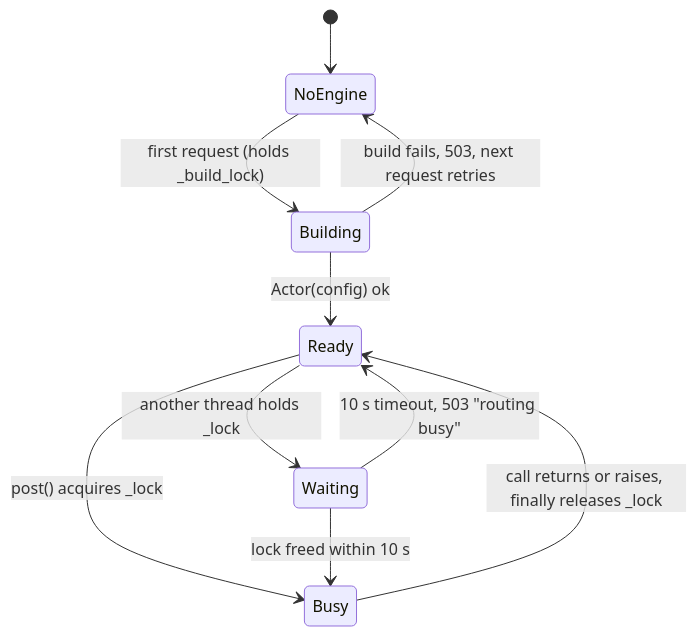
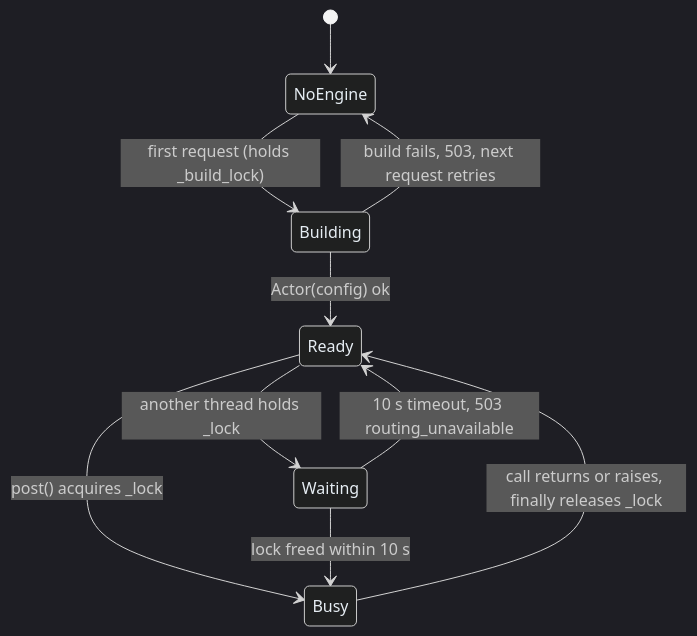
One commit to r03922123/jp_ski_map changed the fifth of 5 diagrams in docs/wiki/01-routing/routing-and-eta.md. Above: the diagram before and after it, drawn with Mermaid. The commit also changed other lines of this file and 3 other files, not shown here.

````diff
--- a/docs/wiki/01-routing/routing-and-eta.md
+++ b/docs/wiki/01-routing/routing-and-eta.md
@@ -256,12 +257,13 @@
 ```mermaid
+%%{init: {'theme':'dark', 'themeVariables': {'primaryColor':'#2d333b','primaryBorderColor':'#6d5dfc','primaryTextColor':'#e6edf3','lineColor':'#8b949e'}}}%%
 stateDiagram-v2
     [*] --> NoEngine
     NoEngine --> Building : first request (holds _build_lock)
     Building --> Ready : Actor(config) ok
     Building --> NoEngine : build fails, 503, next request retries
     Ready --> Busy : post() acquires _lock
     Busy --> Ready : call returns or raises, finally releases _lock
     Ready --> Waiting : another thread holds _lock
     Waiting --> Busy : lock freed within 10 s
-    Waiting --> Ready : 10 s timeout, 503 "routing busy"
+    Waiting --> Ready : 10 s timeout, 503 routing_unavailable
 ```
````
